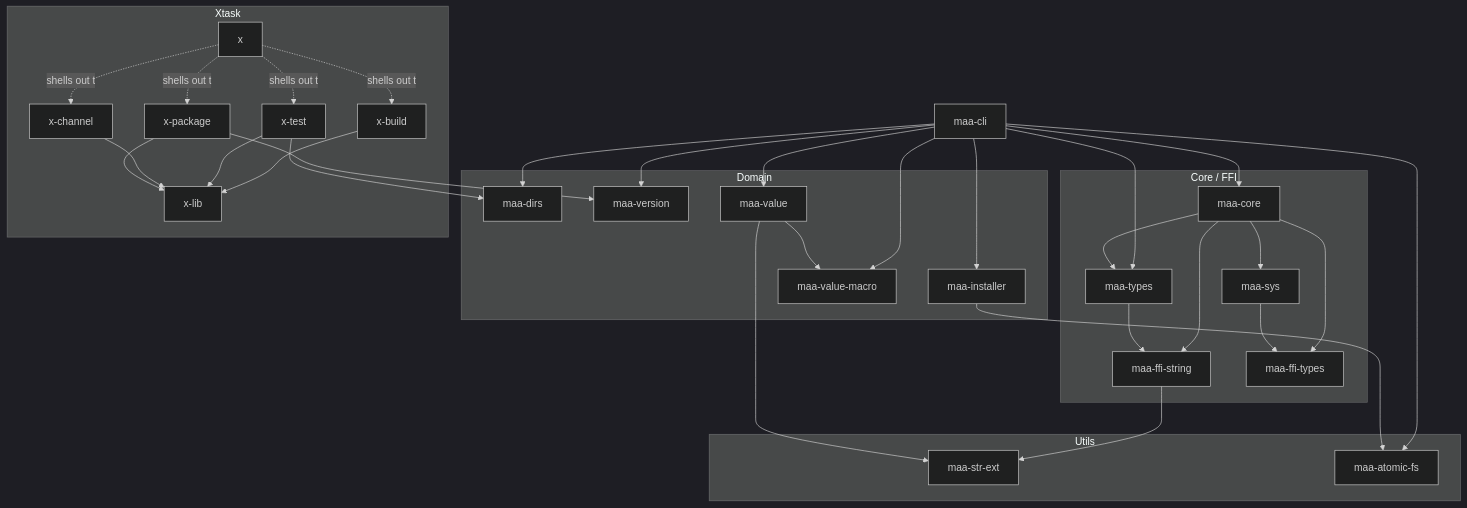
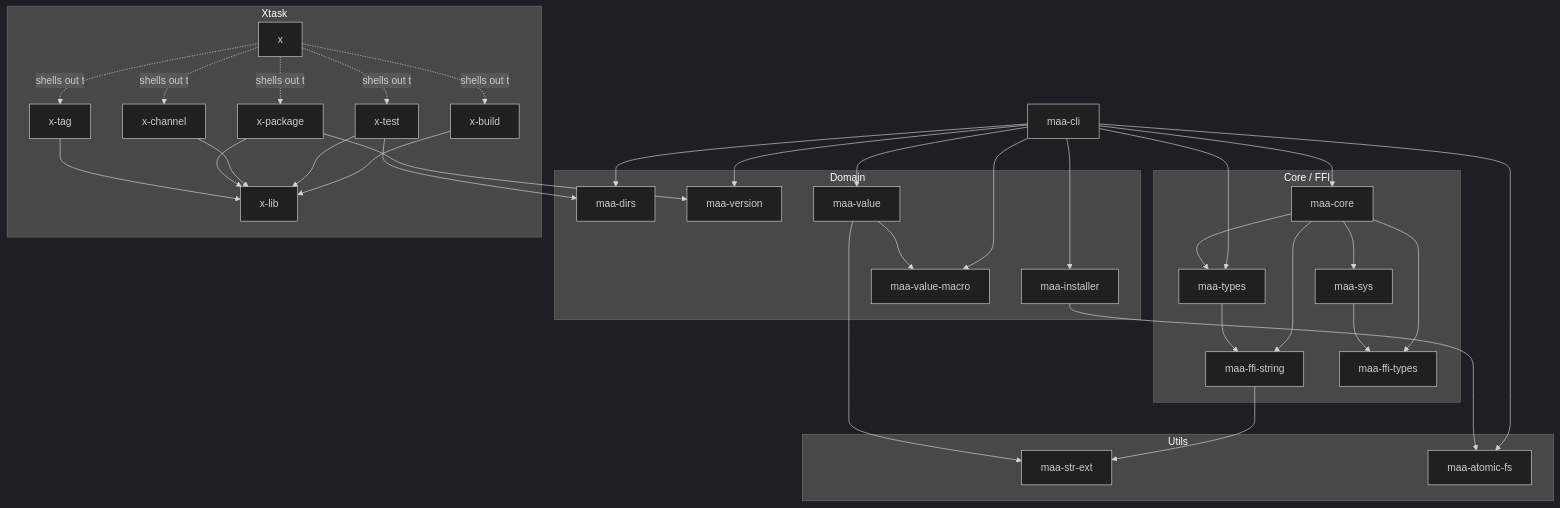
One commit to MaaAssistantArknights/maa-cli changed the diagram in AGENTS.md. Above: the diagram before and after it, drawn with Mermaid (dark theme). The commit also changed other lines of this file and 6 other files, not shown here.

````diff
--- a/AGENTS.md
+++ b/AGENTS.md
@@ -14,67 +14,70 @@
 ```mermaid
 graph TD
     CLI["maa-cli"]
 
     subgraph Domain
         DIRS["maa-dirs"]
         VERSION["maa-version"]
         INSTALLER["maa-installer"]
         VALUE["maa-value"]
         VALMACRO["maa-value-macro"]
     end
 
     subgraph Core["Core / FFI"]
         CORE["maa-core"]
         SYS["maa-sys"]
         FFISTR["maa-ffi-string"]
         TYPES["maa-types"]
         FFITYPES["maa-ffi-types"]
     end
 
     subgraph Utils
         STREXT["maa-str-ext"]
         ATOMICFS["maa-atomic-fs"]
     end
     
     subgraph Xtask
         XLIB["x-lib"]
         BUILD["x-build"]
         TEST["x-test"]
         CHANNEL["x-channel"]
         PACKAGE["x-package"]
+        TAG["x-tag"]
         X["x"]
     end
 
     CLI --> CORE
     CLI --> DIRS
     CLI --> INSTALLER
     CLI --> TYPES
     CLI --> VALUE
     CLI --> VALMACRO
     CLI --> VERSION
     CLI --> ATOMICFS
 
     CORE --> SYS
     CORE --> TYPES
     CORE --> FFISTR
     CORE --> FFITYPES
 
     SYS --> FFITYPES
     TYPES --> FFISTR
 
     FFISTR --> STREXT
     VALUE --> STREXT
     VALUE --> VALMACRO
     INSTALLER --> ATOMICFS
     
     BUILD --> XLIB
     TEST --> XLIB
     CHANNEL --> XLIB
     PACKAGE --> XLIB
+    TAG --> XLIB
     TEST --> DIRS
     PACKAGE --> VERSION
     X -.shells out to.-> BUILD
     X -.shells out to.-> TEST
     X -.shells out to.-> CHANNEL
     X -.shells out to.-> PACKAGE
+    X -.shells out to.-> TAG
 ```
````
